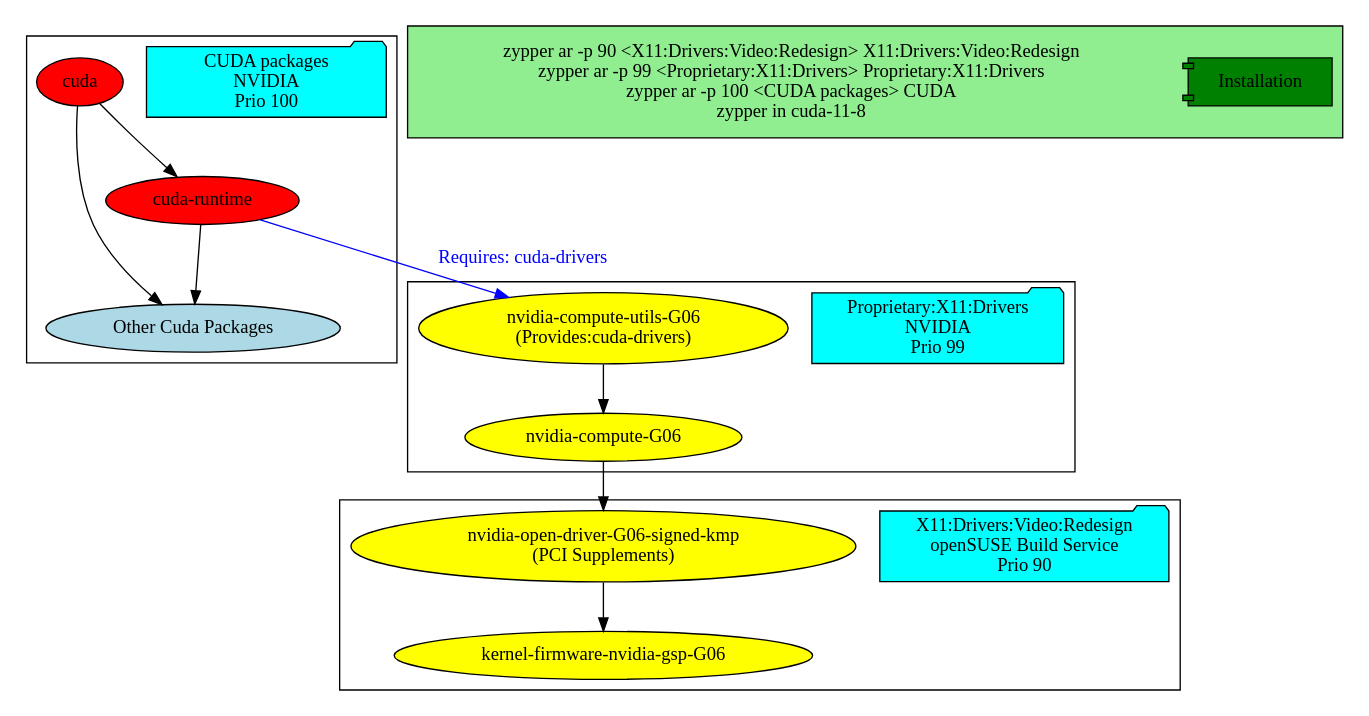
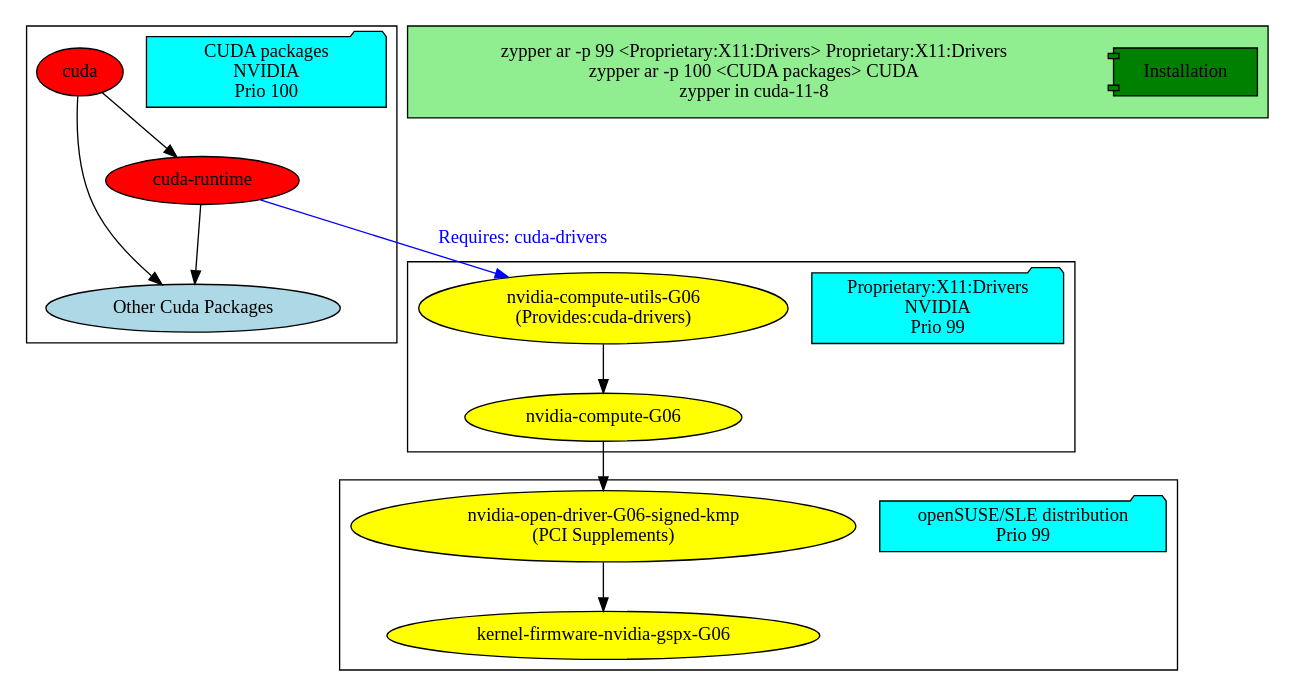
The diagram in assets/src/2022-06-07-nvidia-opengpu/repos.dot (sndirsch/sndirsch.github.io), drawn with Graphviz before and after one commit. The commit also changed 6 other files, not shown here.

Commit message:
opengpu: driver now on openSUSE/SLE; supported on all >= Turing GPUs

```diff
--- a/assets/src/2022-06-07-nvidia-opengpu/repos.dot
+++ b/assets/src/2022-06-07-nvidia-opengpu/repos.dot
@@ -1,30 +1,30 @@
 digraph {
 	subgraph cluster_0 {
 		repo_nvidia_cuda[fillcolor=aqua,style=filled,width=2.5,shape=folder,label="CUDA packages\nNVIDIA\n Prio 100"]
 		cuda [fillcolor=red,style=filled] 
 		cuda_runtime [fillcolor=red,style=filled,label="cuda-runtime"]
 		cuda_other_packages[fillcolor=lightblue,style=filled,label="Other Cuda Packages"]
 	}
 	subgraph cluster_1 {
 		repo_nvidia_gfx[fillcolor=aqua,style=filled,width=2.5,shape=folder,label="Proprietary:X11:Drivers\nNVIDIA\n Prio 99"]
 		nvidia_compute_utils_G06[fillcolor=yellow,style=filled,label="nvidia-compute-utils-G06\n(Provides:cuda-drivers)"]
 		nvidia_compute_G06[fillcolor=yellow,style=filled,label="nvidia-compute-G06"]
 	}
 	subgraph cluster_2 {
-		repo_obs[fillcolor=aqua,style=filled,width=2.5,shape=folder,label="X11:Drivers:Video:Redesign\n openSUSE Build Service\n Prio 90"]
+		repo_obs[fillcolor=aqua,style=filled,width=2.5,shape=folder,label="openSUSE/SLE distribution\n Prio 99"]
 		nvidia_open_driver_G06_signed_kmp[fillcolor=yellow,style=filled,label="nvidia-open-driver-G06-signed-kmp\n(PCI Supplements)"]
-		kernel_firmware_nvidia_gsp_G06[fillcolor=yellow,style=filled,label="kernel-firmware-nvidia-gsp-G06"]
+		kernel_firmware_nvidia_gspx_G06[fillcolor=yellow,style=filled,label="kernel-firmware-nvidia-gspx-G06"]
 	}
 	subgraph cluster_3 {
 		bgcolor="lightgreen"
 		repo_install[fillcolor=green,style=filled,width=1.5,shape=component,label="Installation"]
-		command1[shape=none,width=7,label="zypper ar -p 90 <X11:Drivers:Video:Redesign> X11:Drivers:Video:Redesign\nzypper ar -p 99 <Proprietary:X11:Drivers> Proprietary:X11:Drivers\nzypper ar -p 100 <CUDA packages> CUDA\nzypper in cuda-11-8"]
+		command1[shape=none,width=7,label="zypper ar -p 99 <Proprietary:X11:Drivers> Proprietary:X11:Drivers\nzypper ar -p 100 <CUDA packages> CUDA\nzypper in cuda-11-8"]
 	}
 	cuda -> cuda_runtime
 	cuda -> cuda_other_packages
 	cuda_runtime -> nvidia_compute_utils_G06 [color="blue",fontcolor="blue",label="Requires: cuda-drivers"]
 	nvidia_compute_utils_G06 -> nvidia_compute_G06
 	cuda_runtime -> cuda_other_packages
         nvidia_compute_G06 -> nvidia_open_driver_G06_signed_kmp
-	nvidia_open_driver_G06_signed_kmp -> kernel_firmware_nvidia_gsp_G06
+	nvidia_open_driver_G06_signed_kmp -> kernel_firmware_nvidia_gspx_G06
 }
```
